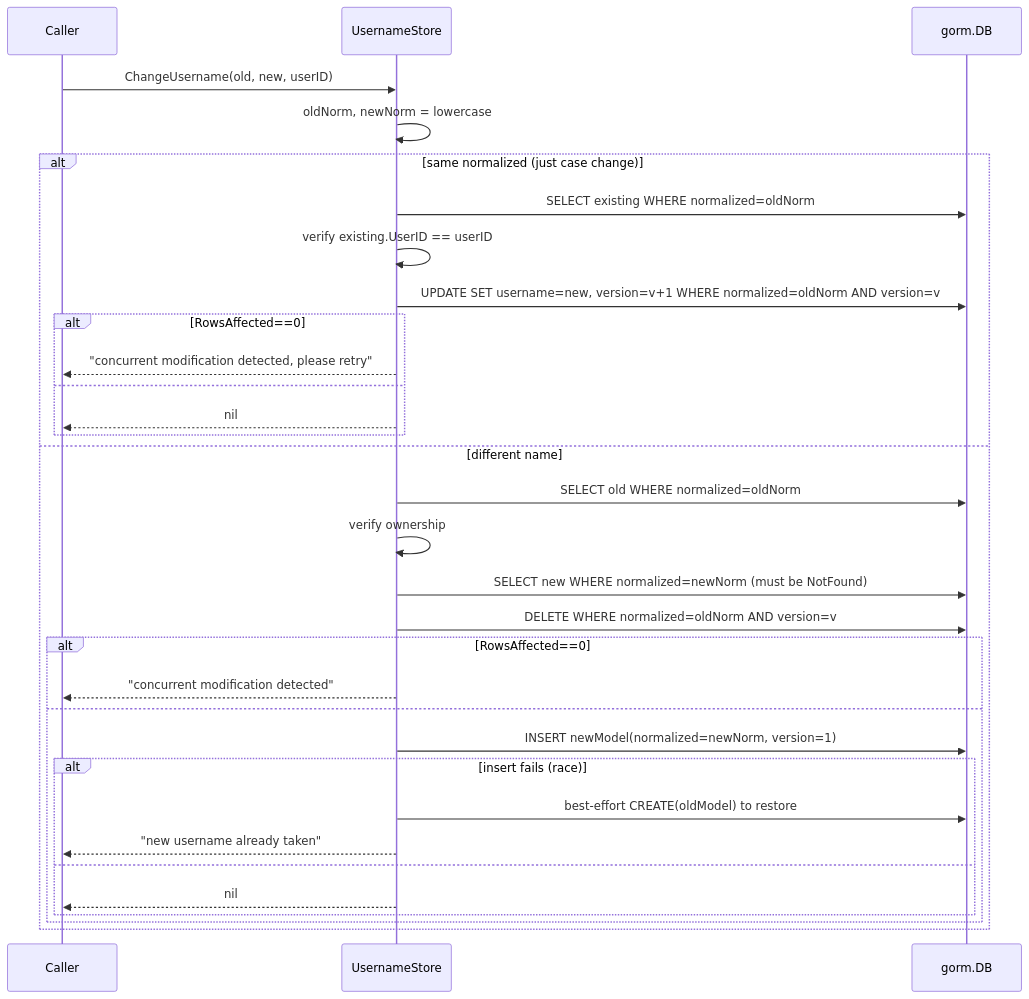
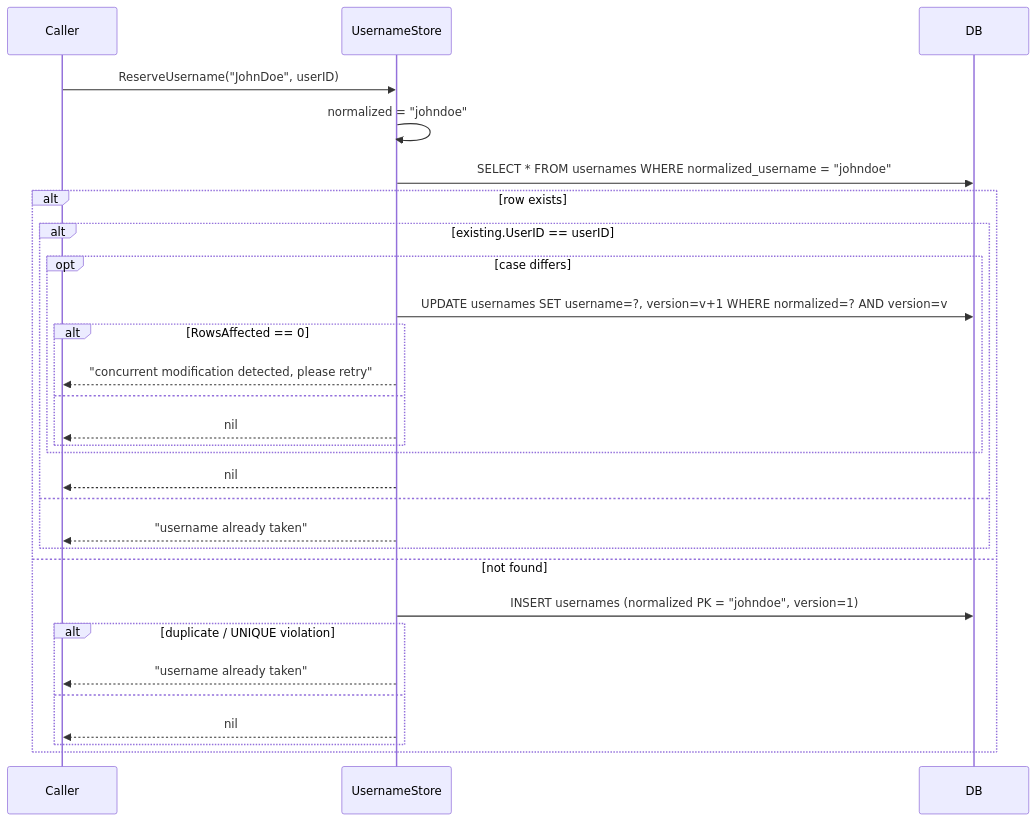
One commit to panyam/oneauth changed the fourth of 5 diagrams in stores/gorm/DESIGN.md. Above: the diagram before and after it, drawn with Mermaid. The commit also changed other lines of this file and 42 other files, not shown here.

````diff
--- a/stores/gorm/DESIGN.md
+++ b/stores/gorm/DESIGN.md
@@ -92,35 +128,31 @@
 ```mermaid
 sequenceDiagram
     participant Caller
-    participant US as UsernameStore
-    participant DB as gorm.DB
-
-    Caller->>US: ChangeUsername(old, new, userID)
-    US->>US: oldNorm, newNorm = lowercase
-    alt same normalized (just case change)
-        US->>DB: SELECT existing WHERE normalized=oldNorm
-        US->>US: verify existing.UserID == userID
-        US->>DB: UPDATE SET username=new, version=v+1 WHERE normalized=oldNorm AND version=v
-        alt RowsAffected==0
-            US-->>Caller: "concurrent modification detected, please retry"
+    participant UsernameStore
+    participant DB
+    Caller->>UsernameStore: ReserveUsername("JohnDoe", userID)
+    UsernameStore->>UsernameStore: normalized = "johndoe"
+    UsernameStore->>DB: SELECT * FROM usernames WHERE normalized_username = "johndoe"
+    alt row exists
+        alt existing.UserID == userID
+            opt case differs
+                UsernameStore->>DB: UPDATE usernames SET username=?, version=v+1 WHERE normalized=? AND version=v
+                alt RowsAffected == 0
+                    UsernameStore-->>Caller: "concurrent modification detected, please retry"
+                else
+                    UsernameStore-->>Caller: nil
+                end
+            end
+            UsernameStore-->>Caller: nil
         else
-            US-->>Caller: nil
+            UsernameStore-->>Caller: "username already taken"
         end
-    else different name
-        US->>DB: SELECT old WHERE normalized=oldNorm
-        US->>US: verify ownership
-        US->>DB: SELECT new WHERE normalized=newNorm (must be NotFound)
-        US->>DB: DELETE WHERE normalized=oldNorm AND version=v
-        alt RowsAffected==0
-            US-->>Caller: "concurrent modification detected"
+    else not found
+        UsernameStore->>DB: INSERT usernames (normalized PK = "johndoe", version=1)
+        alt duplicate / UNIQUE violation
+            UsernameStore-->>Caller: "username already taken"
         else
-            US->>DB: INSERT newModel(normalized=newNorm, version=1)
-            alt insert fails (race)
-                US->>DB: best-effort CREATE(oldModel) to restore
-                US-->>Caller: "new username already taken"
-            else
-                US-->>Caller: nil
-            end
+            UsernameStore-->>Caller: nil
         end
     end
 ```
````
